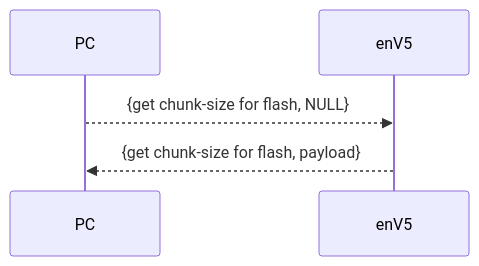
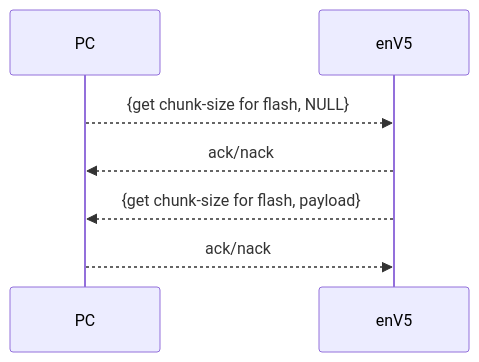
The fourth of 11 diagrams in python_utils/elasticai/runtime/env5/usb/README.adoc (es-ude/elastic-ai.runtime.enV5), drawn with Mermaid before and after one commit. The commit also changed other lines of this file, not shown here.

```diff
--- a/python_utils/elasticai/runtime/env5/usb/README.adoc
+++ b/python_utils/elasticai/runtime/env5/usb/README.adoc
@@ -81,6 +85,8 @@
 [mermaid]
 ....
 sequenceDiagram
     PC-->>enV5: {get chunk-size for flash, NULL}
+    enV5-->>PC: ack/nack
     enV5-->>PC: {get chunk-size for flash, payload}
+    PC-->>enV5: ack/nack
 ....
```
